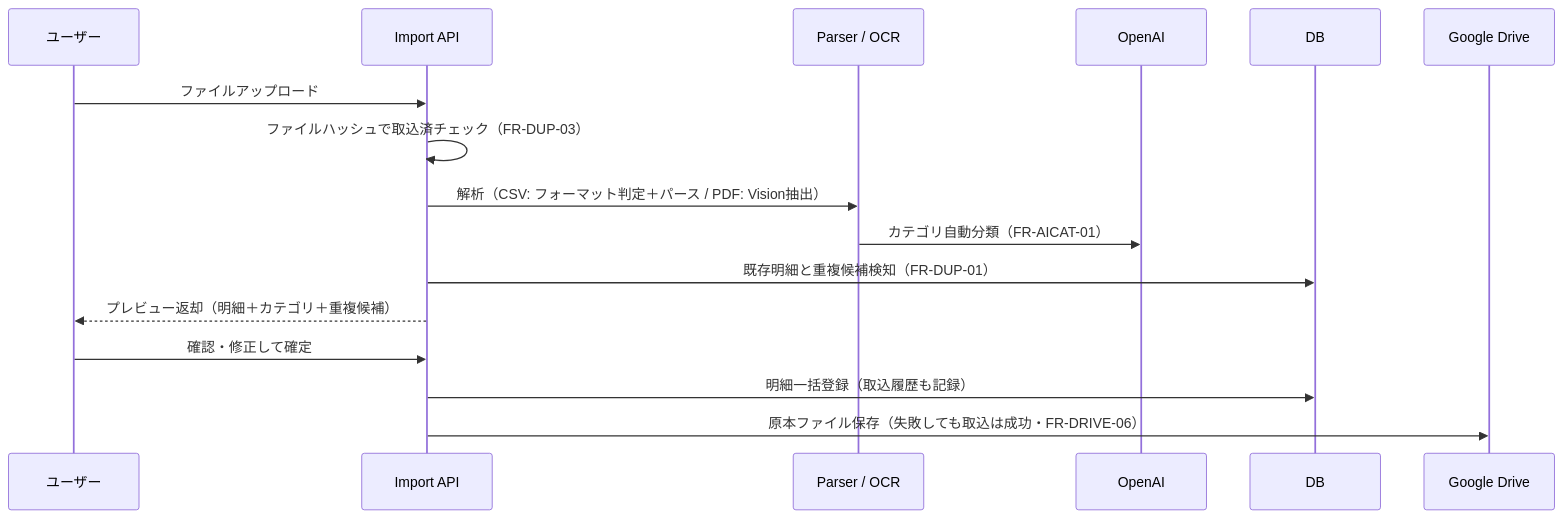
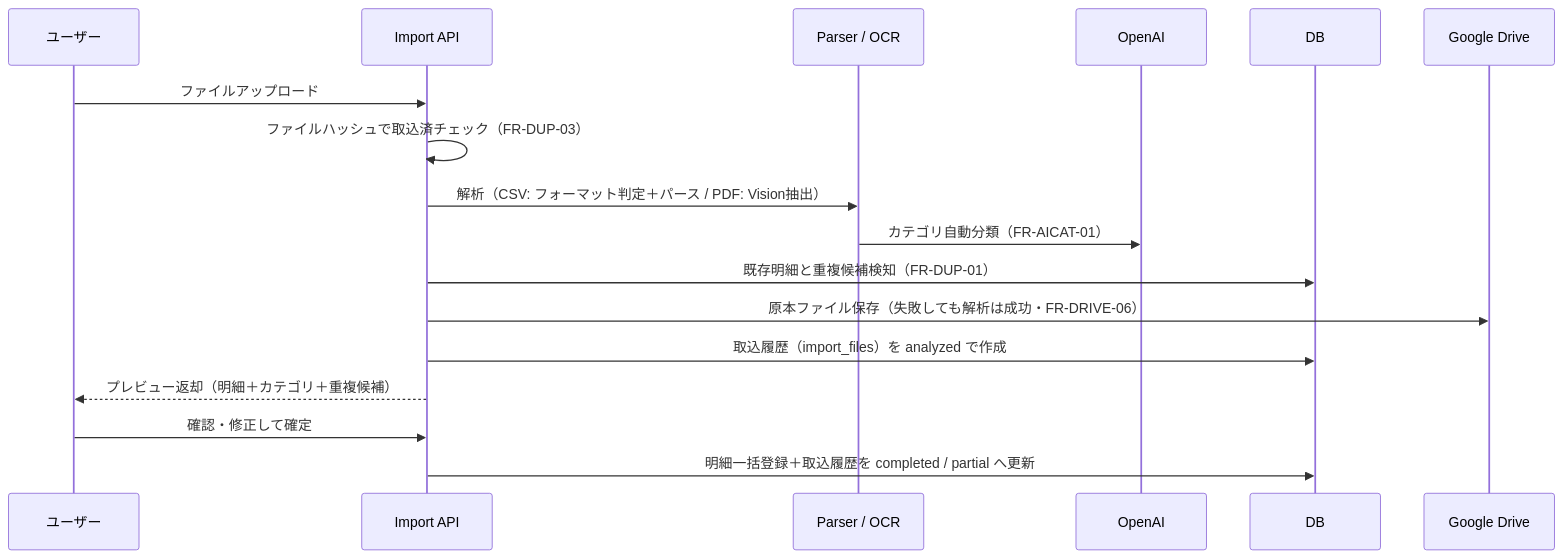
The third of 3 diagrams in docs/architecture.md (tommynishi/tracking-money), drawn with Mermaid before and after one commit. The commit also changed other lines of this file and 3 other files, not shown here.

````diff
--- a/docs/architecture.md
+++ b/docs/architecture.md
@@ -214,19 +214,20 @@
 ```mermaid
 sequenceDiagram
     participant U as ユーザー
     participant API as Import API
     participant P as Parser / OCR
     participant AI as OpenAI
     participant D as DB
     participant G as Google Drive
 
     U->>API: ファイルアップロード
     API->>API: ファイルハッシュで取込済チェック（FR-DUP-03）
     API->>P: 解析（CSV: フォーマット判定＋パース / PDF: Vision抽出）
     P->>AI: カテゴリ自動分類（FR-AICAT-01）
     API->>D: 既存明細と重複候補検知（FR-DUP-01）
+    API->>G: 原本ファイル保存（失敗しても解析は成功・FR-DRIVE-06）
+    API->>D: 取込履歴（import_files）を analyzed で作成
     API-->>U: プレビュー返却（明細＋カテゴリ＋重複候補）
     U->>API: 確認・修正して確定
-    API->>D: 明細一括登録（取込履歴も記録）
-    API->>G: 原本ファイル保存（失敗しても取込は成功・FR-DRIVE-06）
+    API->>D: 明細一括登録＋取込履歴を completed / partial へ更新
 ```
````
